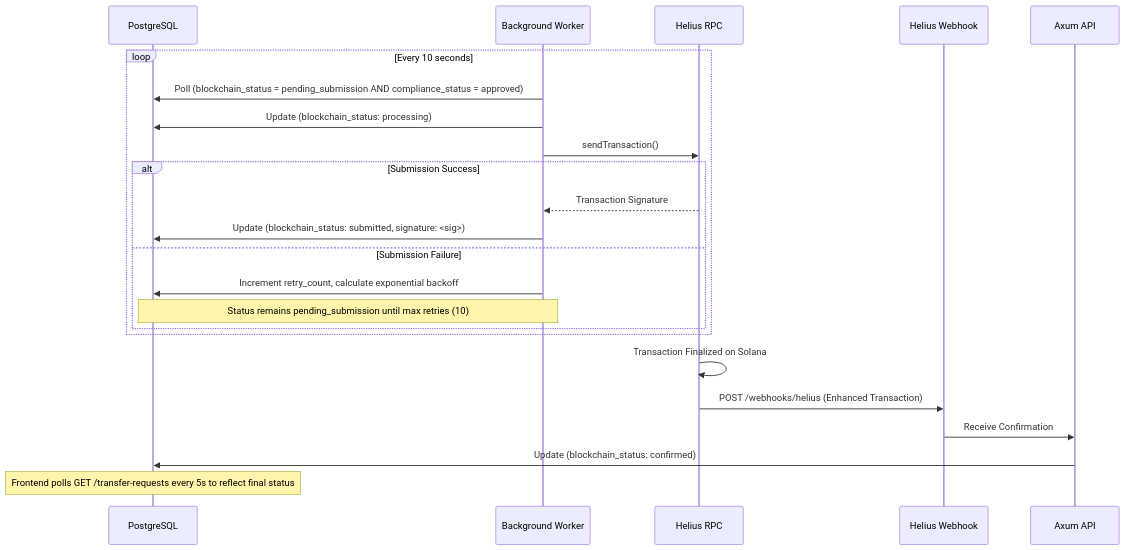
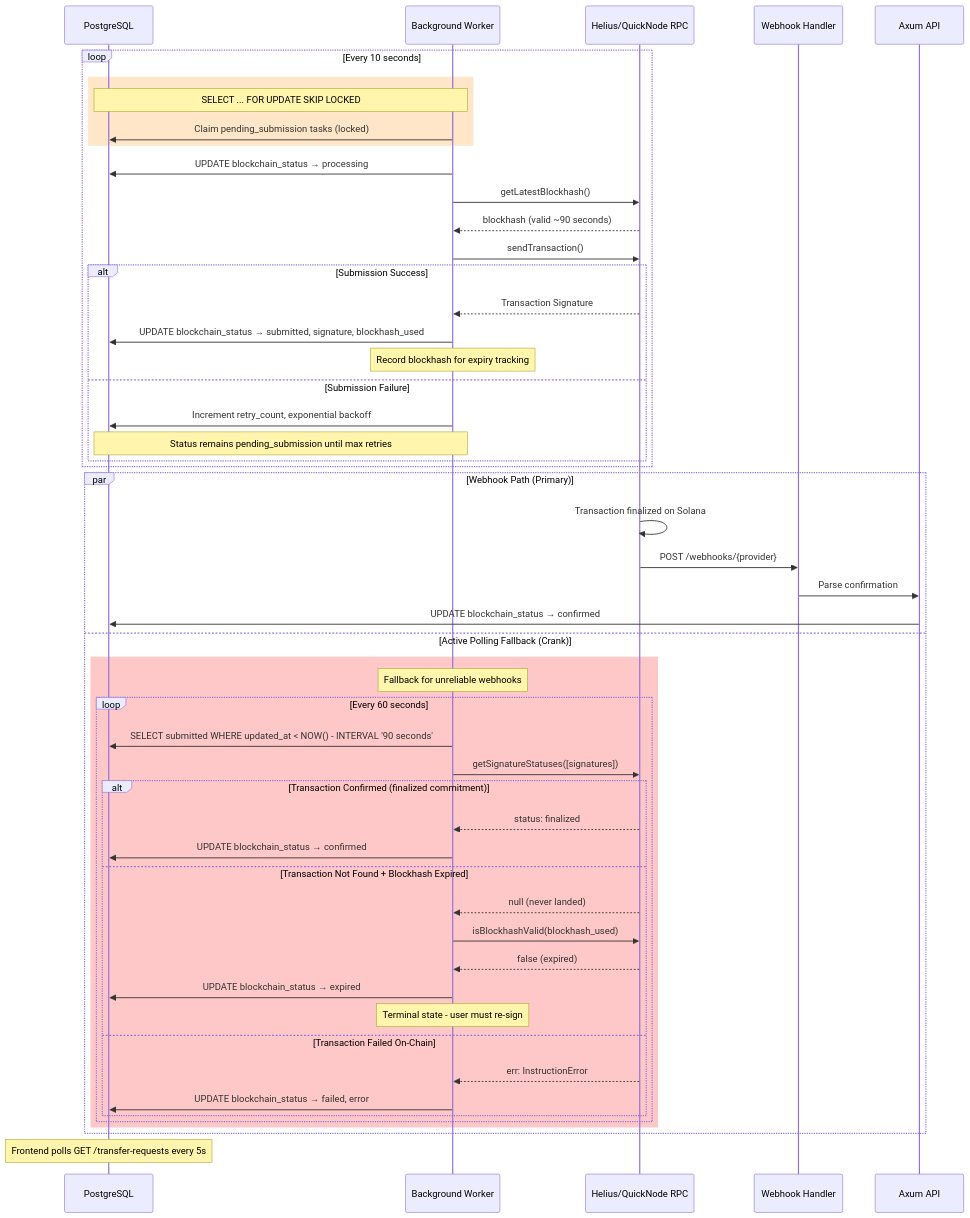
The second of 2 diagrams in docs/ARCHITECTURE.md (Berektassuly/solana-compliance-relayer), drawn with Mermaid before and after one commit. The commit also changed other lines of this file and 8 other files, not shown here.

First line of the commit message:
feat: implement enterprise reliability architecture & active polling

````diff
--- a/docs/ARCHITECTURE.md
+++ b/docs/ARCHITECTURE.md
@@ -140,29 +168,58 @@
 ```mermaid
 sequenceDiagram
     participant DB as PostgreSQL
     participant Worker as Background Worker
-    participant Helius as Helius RPC
-    participant Webhook as Helius Webhook
+    participant RPC as Helius/QuickNode RPC
+    participant Webhook as Webhook Handler
     participant API as Axum API
 
     loop Every 10 seconds
-        Worker->>DB: Poll (blockchain_status = pending_submission AND compliance_status = approved)
-        Worker->>DB: Update (blockchain_status: processing)
-        Worker->>Helius: sendTransaction()
+        rect rgb(255, 230, 200)
+            Note over Worker,DB: SELECT ... FOR UPDATE SKIP LOCKED
+            Worker->>DB: Claim pending_submission tasks (locked)
+        end
+        Worker->>DB: UPDATE blockchain_status → processing
+        Worker->>RPC: getLatestBlockhash()
+        RPC-->>Worker: blockhash (valid ~90 seconds)
+        Worker->>RPC: sendTransaction()
         
         alt Submission Success
-            Helius-->>Worker: Transaction Signature
-            Worker->>DB: Update (blockchain_status: submitted, signature: <sig>)
+            RPC-->>Worker: Transaction Signature
+            Worker->>DB: UPDATE blockchain_status → submitted, signature, blockhash_used
+            Note over Worker: Record blockhash for expiry tracking
         else Submission Failure
-            Worker->>DB: Increment retry_count, calculate exponential backoff
-            Note over Worker,DB: Status remains pending_submission until max retries (10)
+            Worker->>DB: Increment retry_count, exponential backoff
+            Note over Worker,DB: Status remains pending_submission until max retries
         end
     end
 
-    Helius->>Helius: Transaction Finalized on Solana
-    Helius->>Webhook: POST /webhooks/helius (Enhanced Transaction)
-    Webhook->>API: Receive Confirmation
-    API->>DB: Update (blockchain_status: confirmed)
-    
-    Note over DB: Frontend polls GET /transfer-requests every 5s to reflect final status
+    par Webhook Path (Primary)
+        RPC->>RPC: Transaction finalized on Solana
+        RPC->>Webhook: POST /webhooks/{provider}
+        Webhook->>API: Parse confirmation
+        API->>DB: UPDATE blockchain_status → confirmed
+    and Active Polling Fallback (Crank)
+        rect rgb(255, 200, 200)
+            Note over Worker: Fallback for unreliable webhooks
+            loop Every 60 seconds
+                Worker->>DB: SELECT submitted WHERE updated_at < NOW() - INTERVAL '90 seconds'
+                Worker->>RPC: getSignatureStatuses([signatures])
+                alt Transaction Confirmed (finalized commitment)
+                    RPC-->>Worker: status: finalized
+                    Worker->>DB: UPDATE blockchain_status → confirmed
+                else Transaction Not Found + Blockhash Expired
+                    RPC-->>Worker: null (never landed)
+                    Worker->>RPC: isBlockhashValid(blockhash_used)
+                    RPC-->>Worker: false (expired)
+                    Worker->>DB: UPDATE blockchain_status → expired
+                    Note over Worker: Terminal state - user must re-sign
+                else Transaction Failed On-Chain
+                    RPC-->>Worker: err: InstructionError
+                    Worker->>DB: UPDATE blockchain_status → failed, error
+                end
+            end
+        end
+    end
+
+    Note over DB: Frontend polls GET /transfer-requests every 5s
 ```
````
